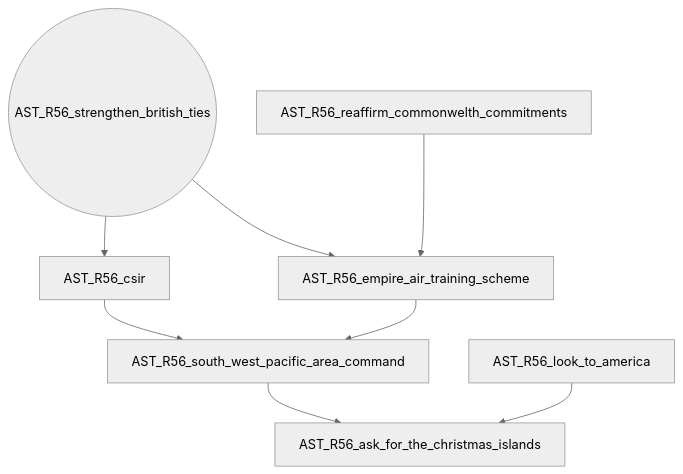
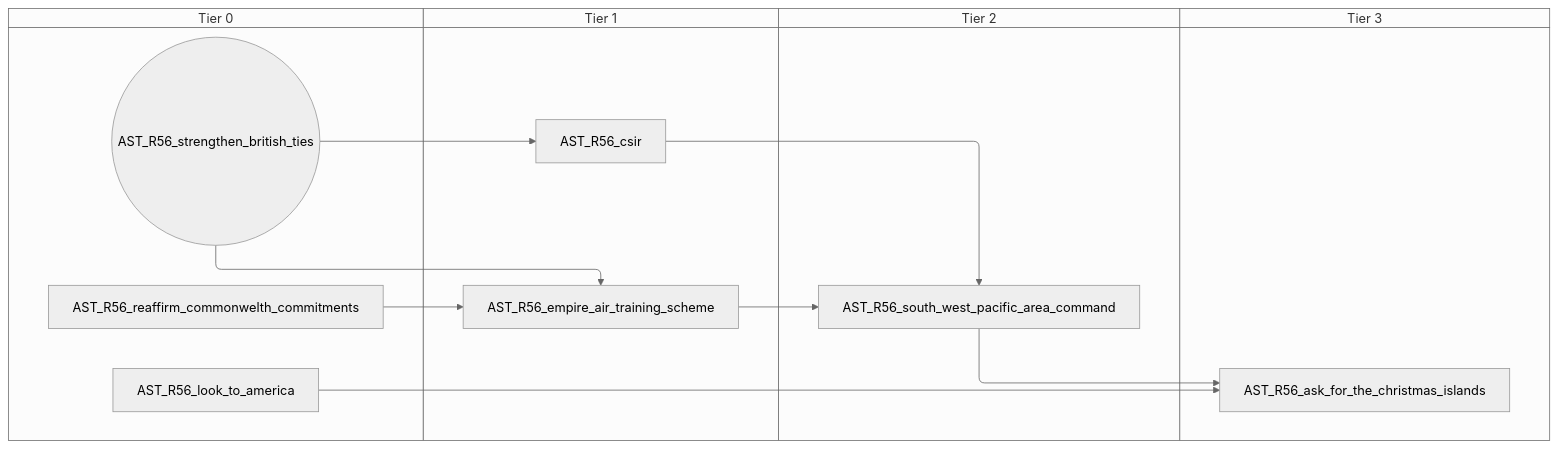
One commit to evgeny-sobol/hoi4-sandbox-mode-r56 changed the ninth of 12 diagrams in docs/gdd/National Focuses/australia.md. Above: the diagram before and after it, drawn with Mermaid (neutral theme). The commit also changed other lines of this file and 423 other files, not shown here.

First line of the commit message:
Re-export Rt56 focus trees as swimlane diagrams

````diff
--- a/docs/gdd/National Focuses/australia.md
+++ b/docs/gdd/National Focuses/australia.md
@@ -486,17 +586,25 @@
 ```mermaid
-flowchart TD
-    n98["AST_R56_ask_for_the_christmas_islands"]
-    n127["AST_R56_csir"]
-    n128["AST_R56_empire_air_training_scheme"]
-    n100["AST_R56_look_to_america"]
-    n24["AST_R56_reaffirm_commonwelth_commitments"]
-    n105["AST_R56_south_west_pacific_area_command"]
-    n129(("AST_R56_strengthen_british_ties"))
-    n105 --> n98
-    n100 --> n98
-    n129 --> n127
-    n129 --> n128
-    n24 --> n128
-    n127 --> n105
-    n128 --> n105
+swimlane-beta TD
+    subgraph tier_0["Tier 0"]
+        n99["AST_R56_look_to_america"]
+        n6["AST_R56_reaffirm_commonwelth_commitments"]
+        n128(("AST_R56_strengthen_british_ties"))
+    end
+    subgraph tier_1["Tier 1"]
+        n127["AST_R56_csir"]
+        n129["AST_R56_empire_air_training_scheme"]
+    end
+    subgraph tier_2["Tier 2"]
+        n97["AST_R56_south_west_pacific_area_command"]
+    end
+    subgraph tier_3["Tier 3"]
+        n102["AST_R56_ask_for_the_christmas_islands"]
+    end
+    n97 --> n102
+    n99 --> n102
+    n128 --> n127
+    n128 --> n129
+    n6 --> n129
+    n127 --> n97
+    n129 --> n97
 ```
````
